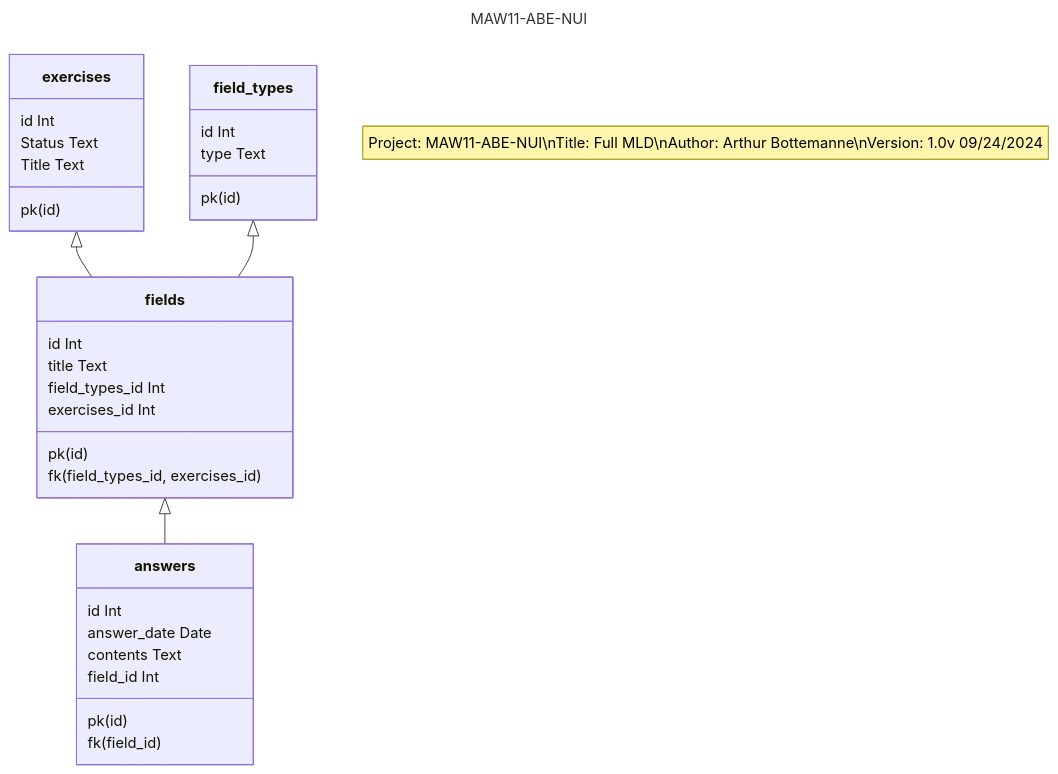
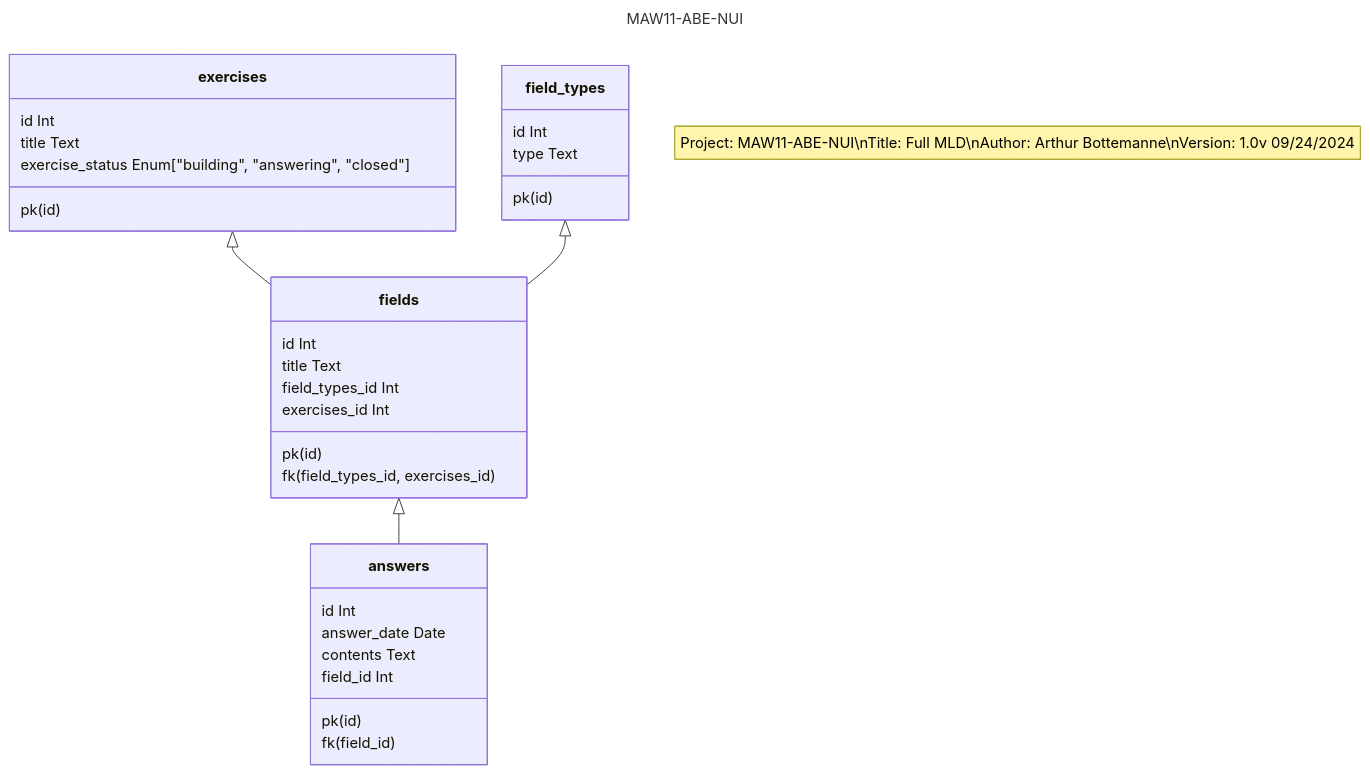
Before and after one commit to CPNV-ES/MAW11-ABE-NUI: the diagram in doc/MLD.md, drawn with Mermaid.

Commit message:
doc: fixed minor LDM issues

````diff
--- a/doc/MLD.md
+++ b/doc/MLD.md
@@ -1,37 +1,37 @@
 ```mermaid
 ---
 title: MAW11-ABE-NUI
 ---
 classDiagram
     note "Project: MAW11-ABE-NUI\nTitle: Full MLD\nAuthor: Arthur Bottemanne\nVersion: 1.0v 09/24/2024"
     exercises <|-- fields
     field_types <|-- fields
     fields <|-- answers
     class exercises{
         pk(id)
         id Int
-        Status Text
-        Title Text
+        title Text
+        exercise_status Enum["building", "answering", "closed"]
     }
     class fields {
         pk(id)
         fk(field_types_id, exercises_id)
         id Int
         title Text
         field_types_id Int
         exercises_id Int
     }
     class field_types {
         pk(id)
         id Int
         type Text
     }
     class answers {
         pk(id)
         fk(field_id)
         id Int
         answer_date Date
         contents Text
         field_id Int
     }
 ```
````
